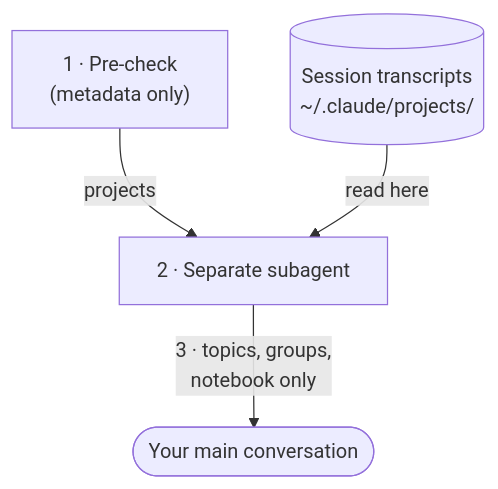
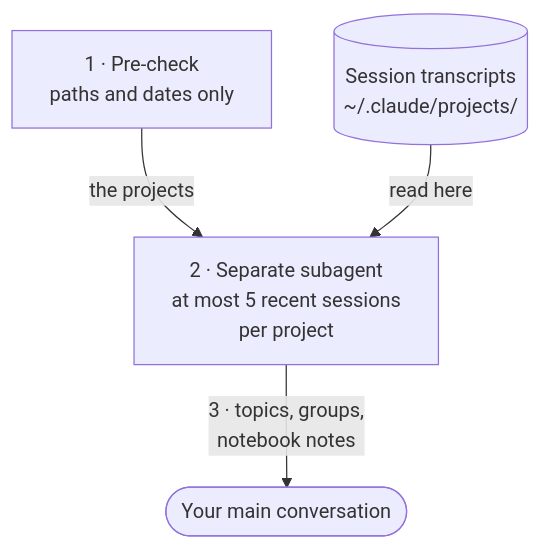
The diagram in docs/usage/coaching.md (UltimaPhoenix/dev-coach), drawn with Mermaid before and after one commit. The commit also changed other lines of this file and 4 other files, not shown here.

````diff
--- a/docs/usage/coaching.md
+++ b/docs/usage/coaching.md
@@ -61,6 +103,6 @@
 ```mermaid
 flowchart TD
-    P["1 · Pre-check<br/>(metadata only)"] -- "projects" --> S["2 · Separate subagent"]
+    P["1 · Pre-check<br/>paths and dates only"] -- "the projects" --> S["2 · Separate subagent<br/>at most 5 recent sessions<br/>per project"]
     T[("Session transcripts<br/>~/.claude/projects/")] -- "read here" --> S
-    S -- "3 · topics, groups,<br/>notebook only" --> M(["Your main conversation"])
+    S -- "3 · topics, groups,<br/>notebook notes" --> M(["Your main conversation"])
 ```
````
